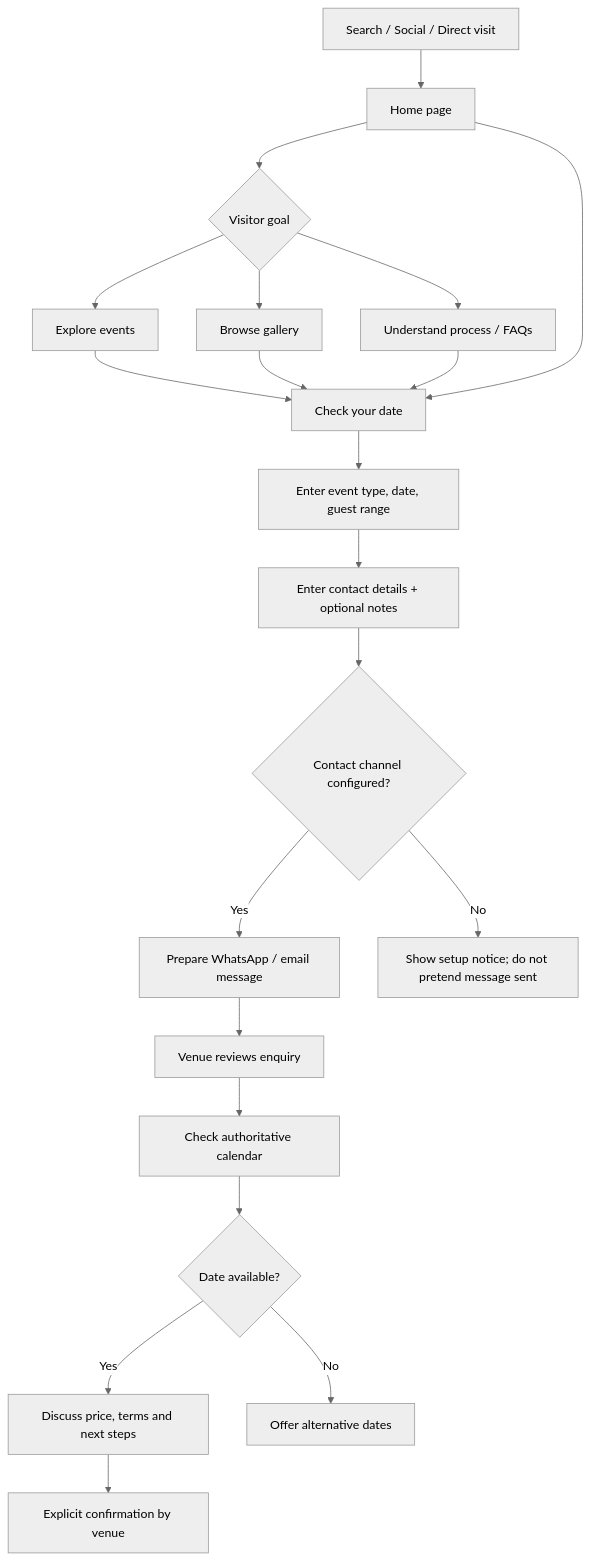
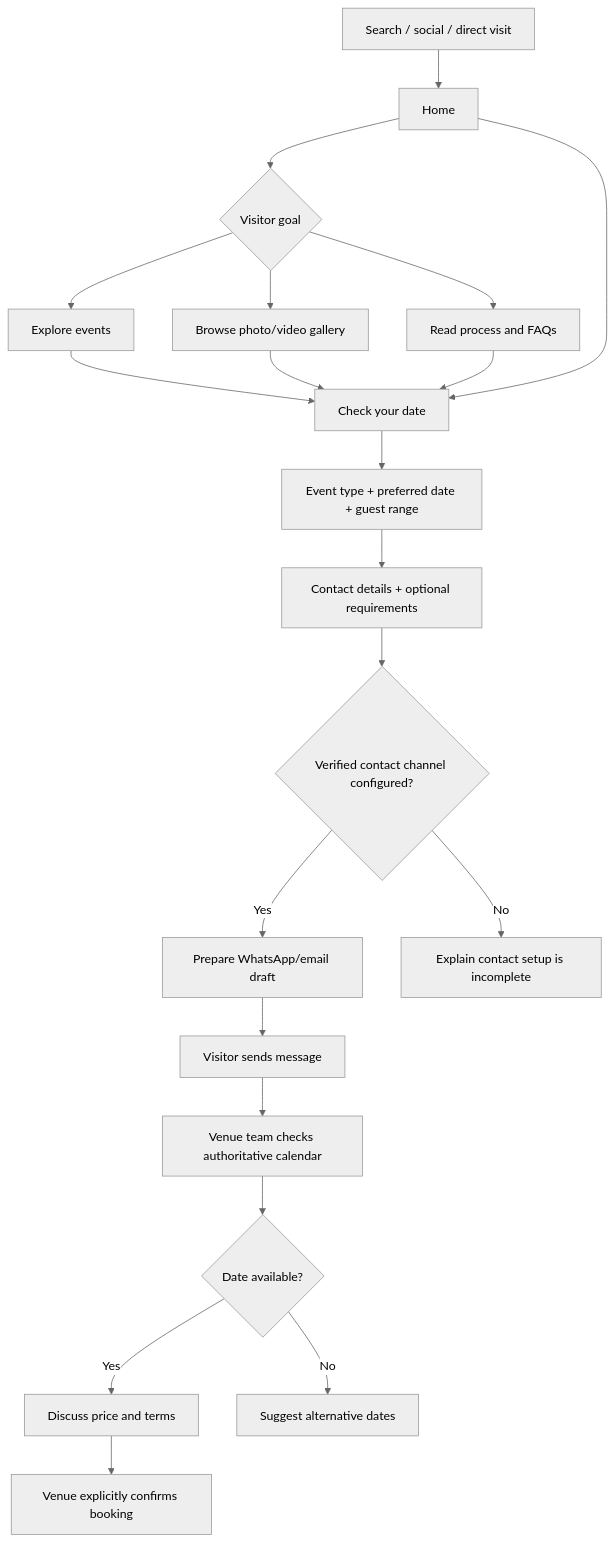
Before and after one commit to Sanaulla7676/Royal-banquet-hall: the first of 2 diagrams in docs/USER-FLOWS.md, drawn with Mermaid (neutral theme). The commit also changed other lines of this file, not shown here.

Commit message:
docs: document primary visitor flow and enquiry state model

````diff
--- a/docs/USER-FLOWS.md
+++ b/docs/USER-FLOWS.md
@@ -5,23 +4,23 @@
 ```mermaid
 flowchart TD
-  A[Search / Social / Direct visit] --> B[Home page]
+  A[Search / social / direct visit] --> B[Home]
   B --> C{Visitor goal}
   C --> D[Explore events]
-  C --> E[Browse gallery]
-  C --> F[Understand process / FAQs]
+  C --> E[Browse photo/video gallery]
+  C --> F[Read process and FAQs]
   D --> G[Check your date]
   E --> G
   F --> G
   B --> G
-  G --> H[Enter event type, date, guest range]
-  H --> I[Enter contact details + optional notes]
-  I --> J{Contact channel configured?}
-  J -->|Yes| K[Prepare WhatsApp / email message]
-  J -->|No| L[Show setup notice; do not pretend message sent]
-  K --> M[Venue reviews enquiry]
-  M --> N[Check authoritative calendar]
+  G --> H[Event type + preferred date + guest range]
+  H --> I[Contact details + optional requirements]
+  I --> J{Verified contact channel configured?}
+  J -->|Yes| K[Prepare WhatsApp/email draft]
+  J -->|No| L[Explain contact setup is incomplete]
+  K --> M[Visitor sends message]
+  M --> N[Venue team checks authoritative calendar]
   N --> O{Date available?}
-  O -->|Yes| P[Discuss price, terms and next steps]
-  O -->|No| Q[Offer alternative dates]
-  P --> R[Explicit confirmation by venue]
+  O -->|Yes| P[Discuss price and terms]
+  O -->|No| Q[Suggest alternative dates]
+  P --> R[Venue explicitly confirms booking]
 ```
````
